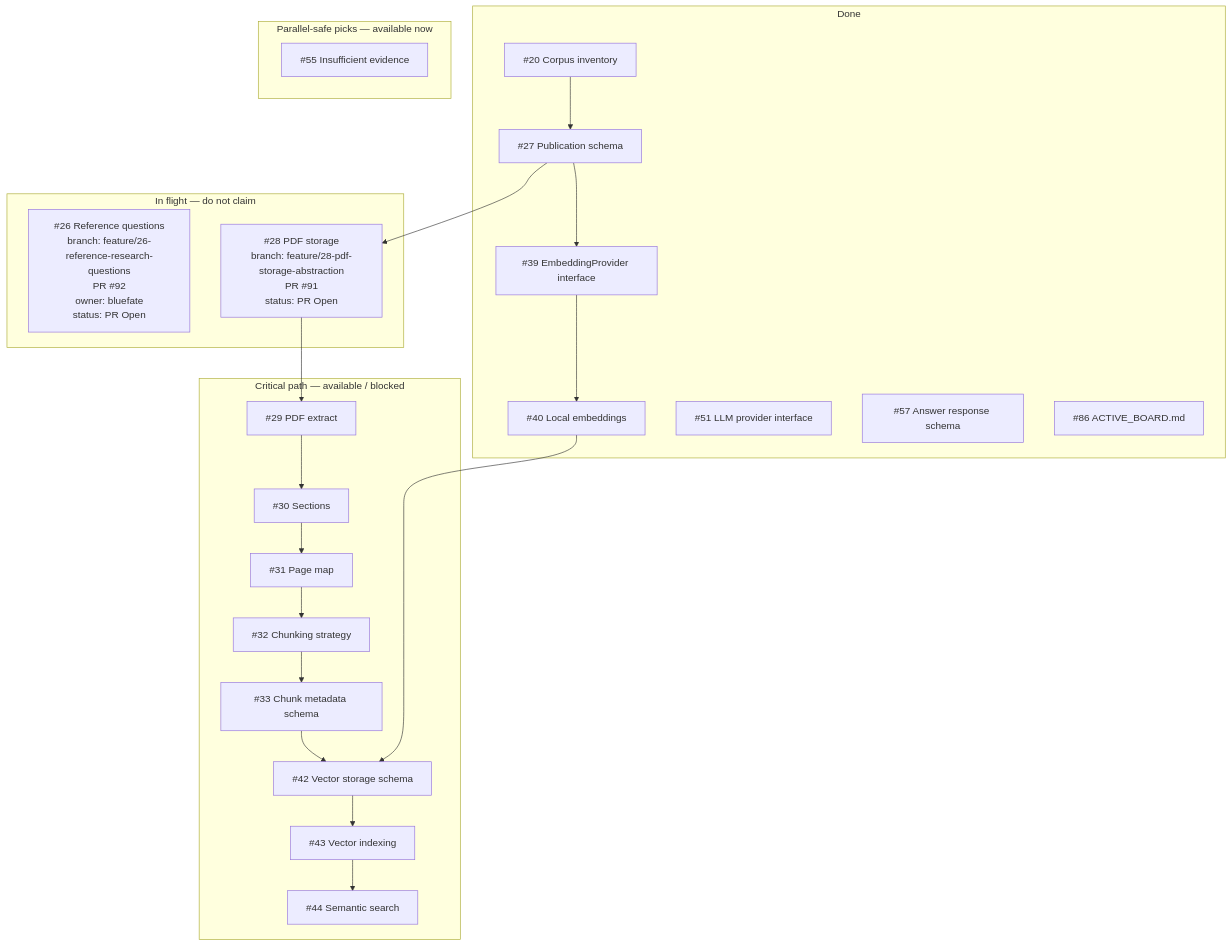
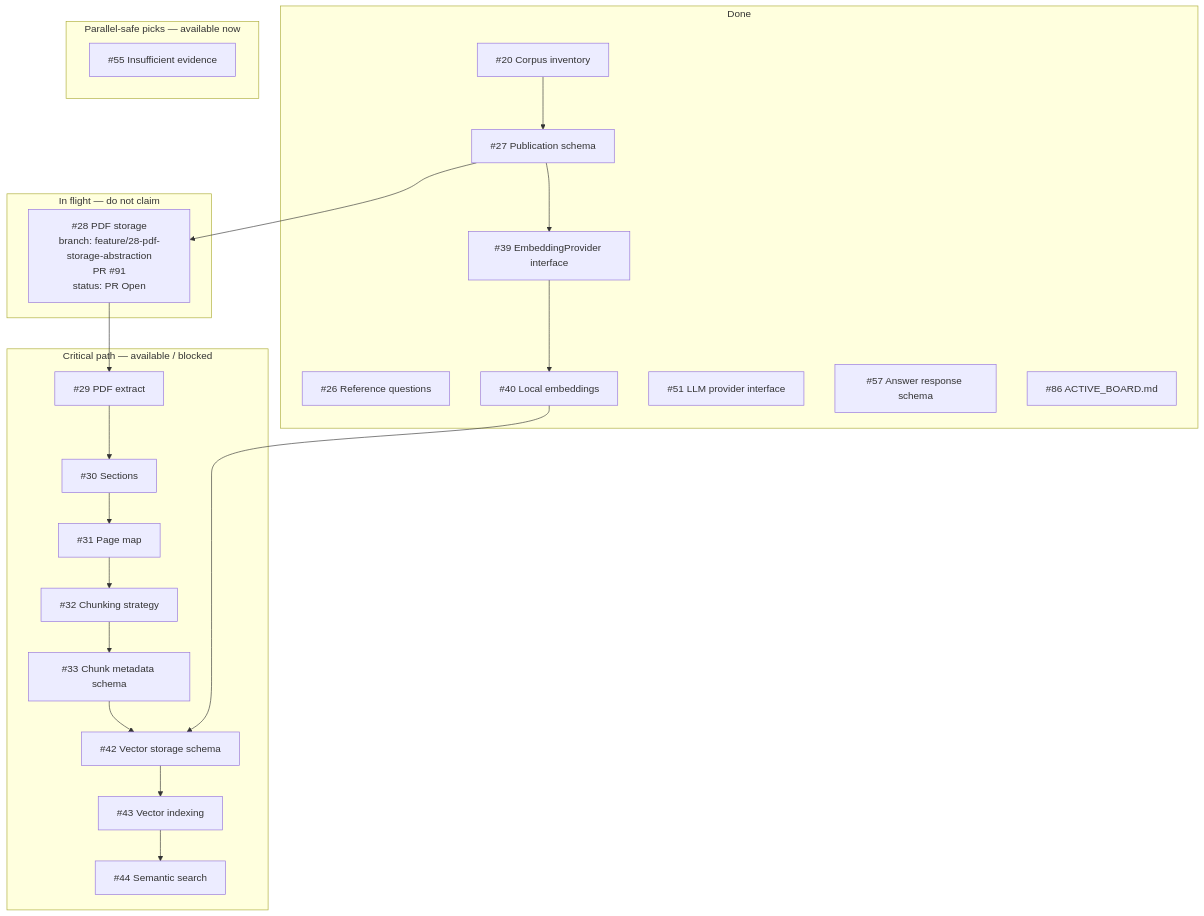
Before and after one commit to bluefate/spacebio-evidence-engine: the diagram in docs/development/ACTIVE_BOARD.md, drawn with Mermaid. The commit also changed other lines of this file and 8 other files, not shown here.

````diff
--- a/docs/development/ACTIVE_BOARD.md
+++ b/docs/development/ACTIVE_BOARD.md
@@ -61,42 +61,42 @@
 ```mermaid
 flowchart TB
   subgraph done [Done]
     i20["#20 Corpus inventory"]
+    i26["#26 Reference questions"]
     i27["#27 Publication schema"]
     i39["#39 EmbeddingProvider interface"]
     i40["#40 Local embeddings"]
     i51["#51 LLM provider interface"]
     i57["#57 Answer response schema"]
     i86["#86 ACTIVE_BOARD.md"]
   end
   subgraph inflight [In flight — do not claim]
-    i26["#26 Reference questions<br/>branch: feature/26-reference-research-questions<br/>PR #92<br/>owner: bluefate<br/>status: PR Open"]
     i28["#28 PDF storage<br/>branch: feature/28-pdf-storage-abstraction<br/>PR #91<br/>status: PR Open"]
   end
   subgraph nextCritical [Critical path — available / blocked]
     i29["#29 PDF extract"]
     i30["#30 Sections"]
     i31["#31 Page map"]
     i32["#32 Chunking strategy"]
     i33["#33 Chunk metadata schema"]
     i42["#42 Vector storage schema"]
     i43["#43 Vector indexing"]
     i44["#44 Semantic search"]
   end
   subgraph nextParallel [Parallel-safe picks — available now]
     i55["#55 Insufficient evidence"]
   end
   i20 --> i27
   i27 --> i28
   i28 --> i29
   i29 --> i30
   i30 --> i31
   i31 --> i32
   i32 --> i33
   i33 --> i42
   i27 --> i39
   i39 --> i40
   i40 --> i42
   i42 --> i43
   i43 --> i44
 ```
````
